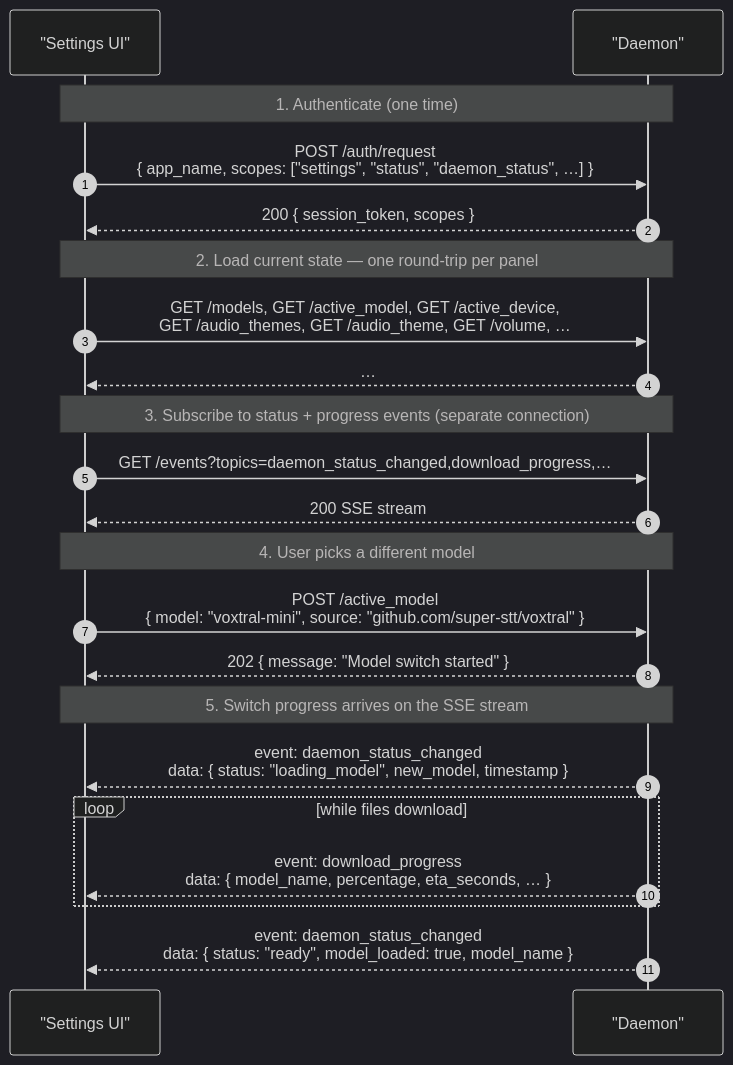
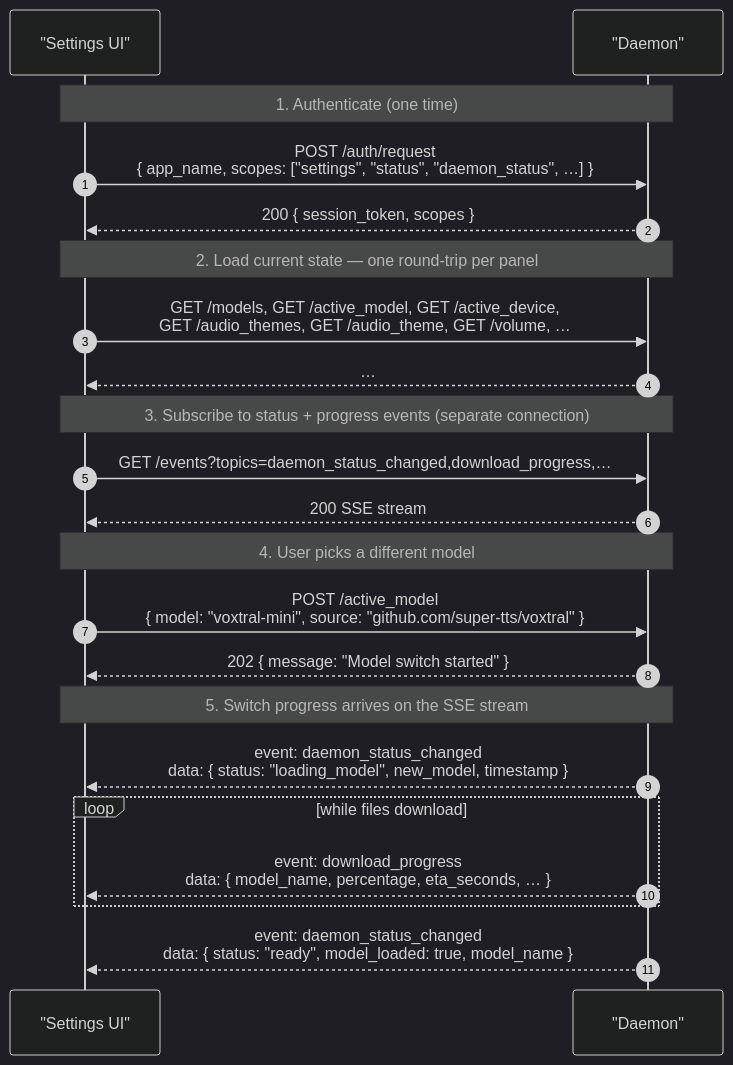
One commit to super-libre/super-tts changed the diagram in docs/protocol/scopes/settings.md. Above: the diagram before and after it, drawn with Mermaid (dark theme). The commit also changed 771 other files, not shown here.

````diff
--- a/docs/protocol/scopes/settings.md
+++ b/docs/protocol/scopes/settings.md
@@ -79,29 +79,29 @@
 ```mermaid
 sequenceDiagram
     autonumber
     participant App as "Settings UI"
     participant D as "Daemon"
 
     Note over App,D: 1. Authenticate (one time)
     App->>D: POST /auth/request<br/>{ app_name, scopes: ["settings", "status", "daemon_status", …] }
     D-->>App: 200 { session_token, scopes }
 
     Note over App,D: 2. Load current state — one round-trip per panel
     App->>D: GET /models, GET /active_model, GET /active_device,<br/>      GET /audio_themes, GET /audio_theme, GET /volume, …
     D-->>App: …
 
     Note over App,D: 3. Subscribe to status + progress events (separate connection)
     App->>D: GET /events?topics=daemon_status_changed,download_progress,…
     D-->>App: 200 SSE stream
 
     Note over App,D: 4. User picks a different model
-    App->>D: POST /active_model<br/>{ model: "voxtral-mini", source: "github.com/super-stt/voxtral" }
+    App->>D: POST /active_model<br/>{ model: "voxtral-mini", source: "github.com/super-tts/voxtral" }
     D-->>App: 202 { message: "Model switch started" }
 
     Note over App,D: 5. Switch progress arrives on the SSE stream
     D-->>App: event: daemon_status_changed<br/>data: { status: "loading_model", new_model, timestamp }
     loop while files download
         D-->>App: event: download_progress<br/>data: { model_name, percentage, eta_seconds, … }
     end
     D-->>App: event: daemon_status_changed<br/>data: { status: "ready", model_loaded: true, model_name }
 ```
````
